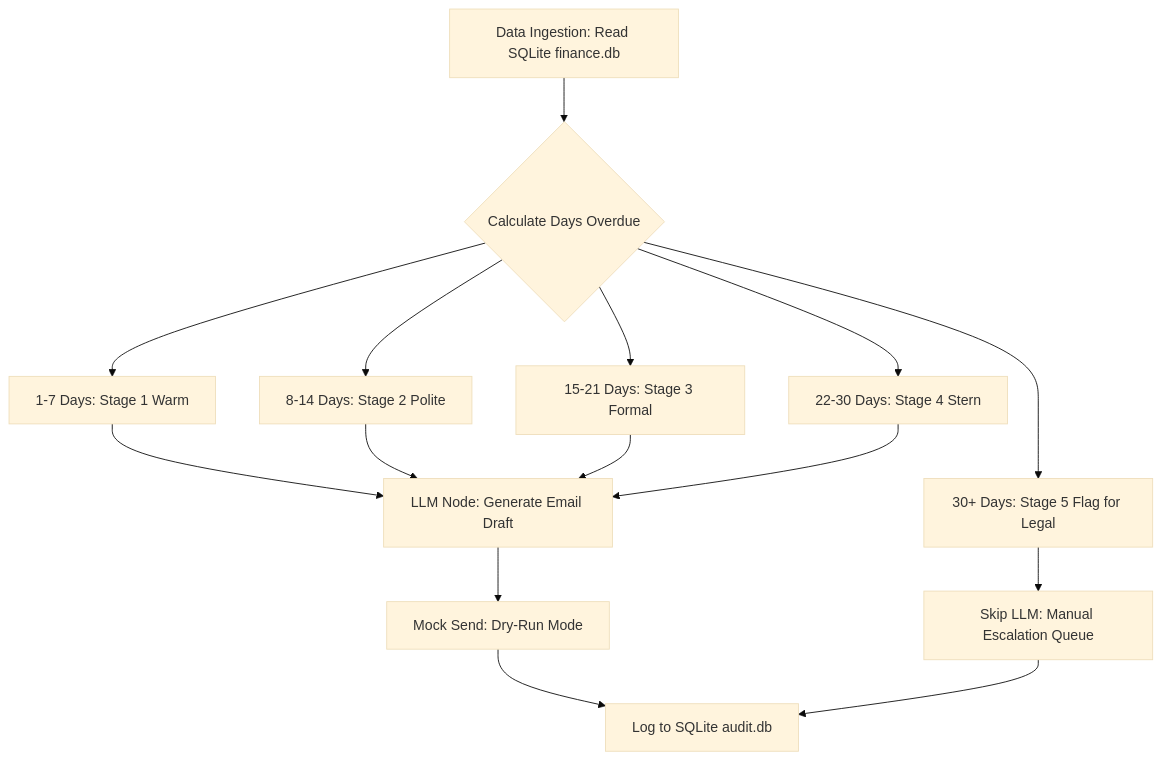
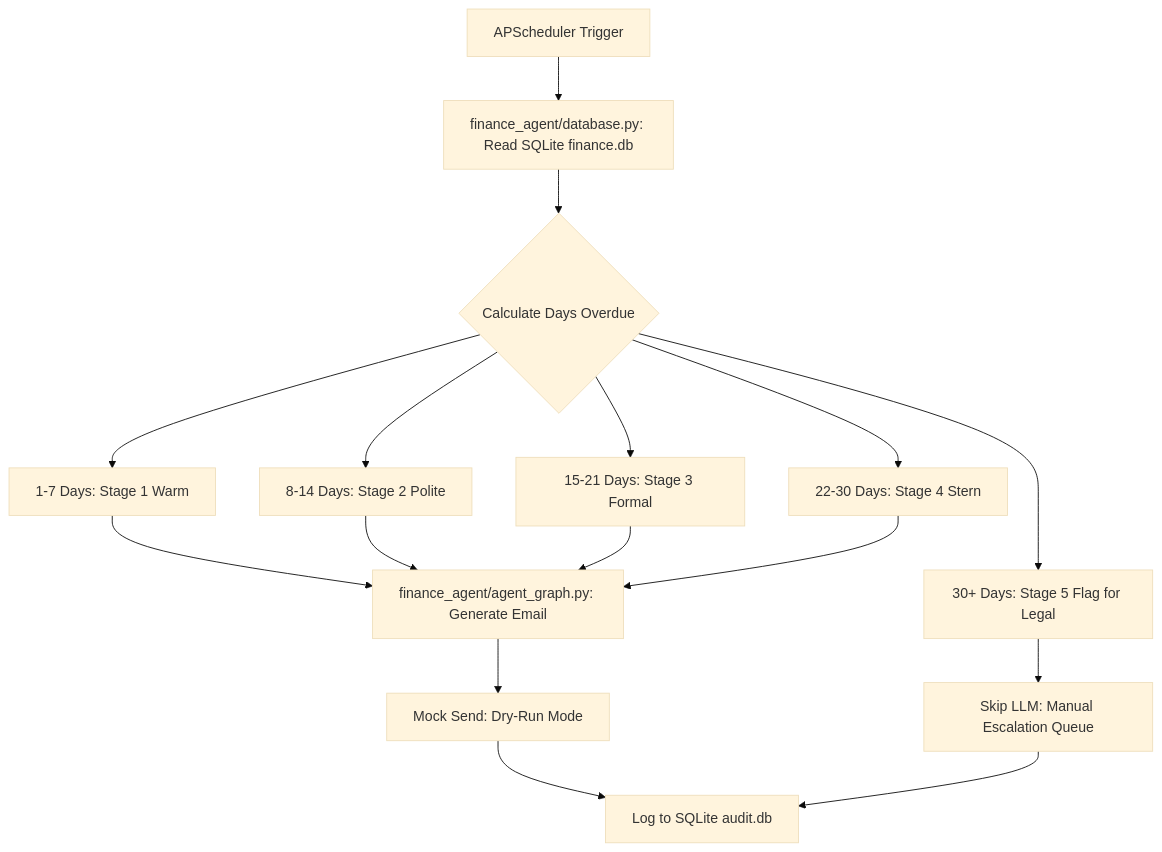
Before and after one commit to sinthiagupta/travelCorp: the diagram in README.md, drawn with Mermaid (base theme). The commit also changed other lines of this file, not shown here.

````diff
--- a/README.md
+++ b/README.md
@@ -48,20 +58,21 @@
 ```mermaid
 graph TD
-    A[Data Ingestion: Read SQLite finance.db] --> B{Calculate Days Overdue}
-    B --> C[1-7 Days: Stage 1 Warm]
-    B --> D[8-14 Days: Stage 2 Polite]
-    B --> E[15-21 Days: Stage 3 Formal]
-    B --> F[22-30 Days: Stage 4 Stern]
-    B --> G[30+ Days: Stage 5 Flag for Legal]
+    A[APScheduler Trigger] --> B[finance_agent/database.py: Read SQLite finance.db]
+    B --> C{Calculate Days Overdue}
+    C --> D[1-7 Days: Stage 1 Warm]
+    C --> E[8-14 Days: Stage 2 Polite]
+    C --> F[15-21 Days: Stage 3 Formal]
+    C --> G[22-30 Days: Stage 4 Stern]
+    C --> H[30+ Days: Stage 5 Flag for Legal]
     
-    C --> H[LLM Node: Generate Email Draft]
-    D --> H
-    E --> H
-    F --> H
+    D --> I[finance_agent/agent_graph.py: Generate Email]
+    E --> I
+    F --> I
+    G --> I
     
-    G --> I[Skip LLM: Manual Escalation Queue]
+    H --> J[Skip LLM: Manual Escalation Queue]
     
-    H --> J[Mock Send: Dry-Run Mode]
-    J --> K[Log to SQLite audit.db]
-    I --> K
+    I --> K[Mock Send: Dry-Run Mode]
+    K --> L[Log to SQLite audit.db]
+    J --> L
 ```
````
